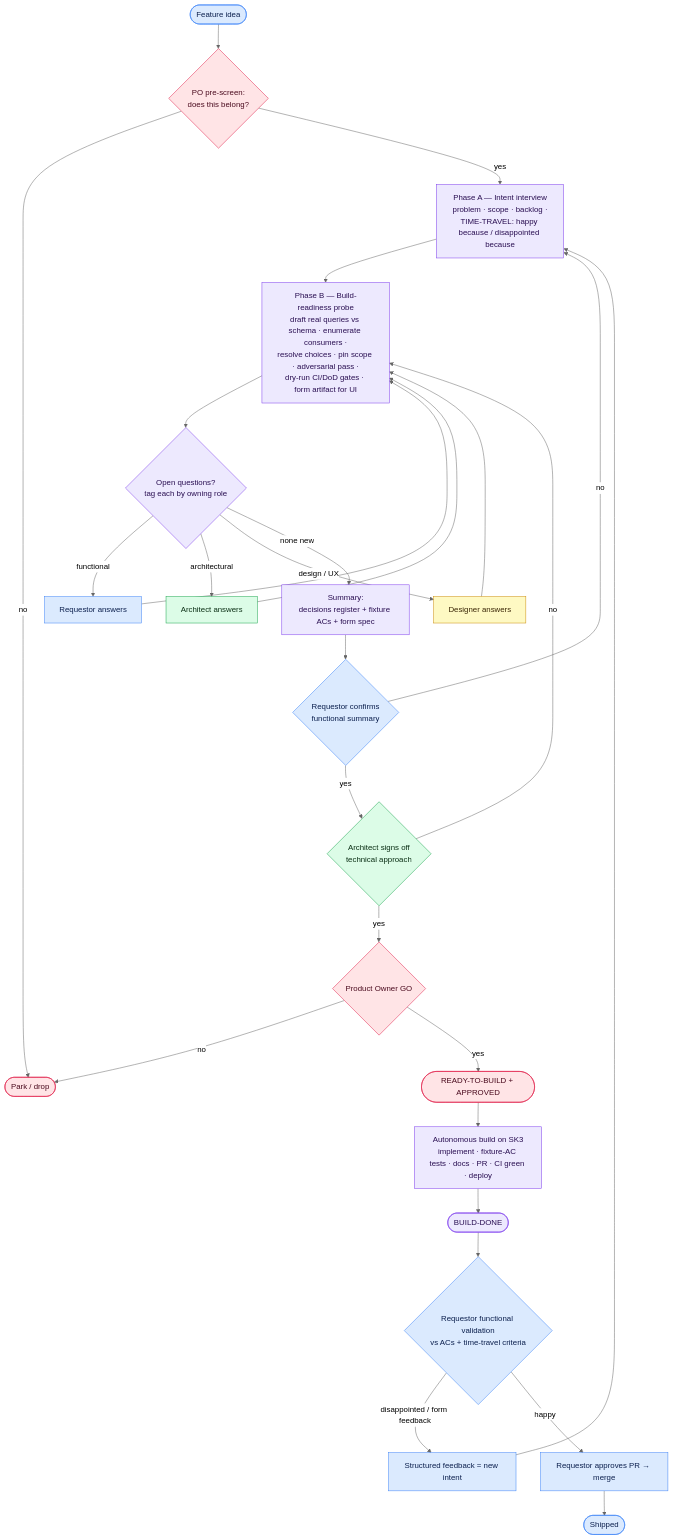
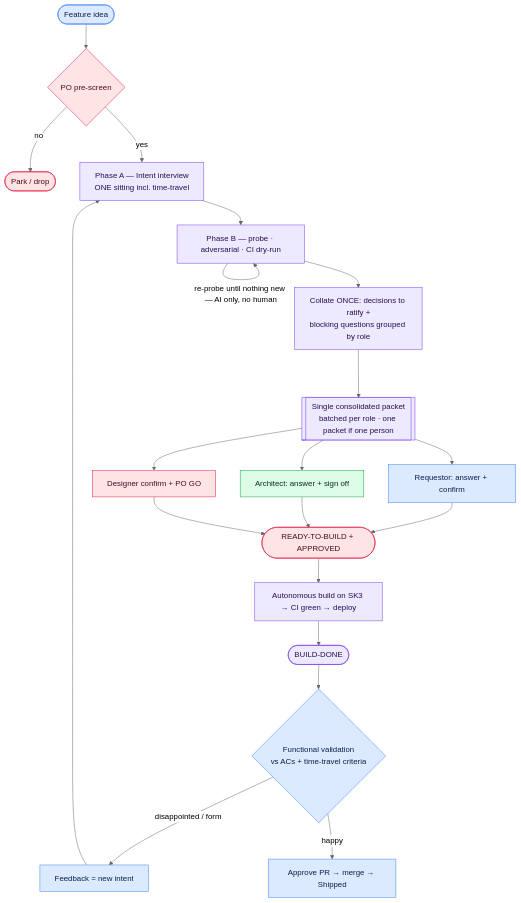
The diagram in docs/process/definition-of-ready.md (Fortigi/IdentityAtlas), drawn with Mermaid (neutral theme) before and after one commit. The commit also changed other lines of this file, not shown here.

First line of the commit message:
docs: Definition of Ready v3.1 — minimise human round-trips (batch, don't ping-pong)

````diff
--- a/docs/process/definition-of-ready.md
+++ b/docs/process/definition-of-ready.md
@@ -11,35 +11,27 @@
 ```mermaid
 flowchart TD
   classDef req fill:#dbeafe,stroke:#3b82f6,color:#0b1f4d
   classDef ai fill:#ede9fe,stroke:#7c3aed,color:#2a0f52
   classDef arch fill:#dcfce7,stroke:#16a34a,color:#0a2e14
-  classDef des fill:#fef9c3,stroke:#ca8a04,color:#3a2606
   classDef po fill:#ffe4e6,stroke:#e11d48,color:#4a0a1e
 
-  start([Feature idea]):::req --> pre{PO pre-screen:<br/>does this belong?}:::po
+  start([Feature idea]):::req --> pre{PO pre-screen}:::po
   pre -->|no| drop([Park / drop]):::po
-  pre -->|yes| intv[Phase A — Intent interview<br/>problem · scope · backlog ·<br/>TIME-TRAVEL: happy because / disappointed because]:::ai
-  intv --> probe[Phase B — Build-readiness probe<br/>draft real queries vs schema · enumerate consumers ·<br/>resolve choices · pin scope · adversarial pass ·<br/>dry-run CI/DoD gates · form artifact for UI]:::ai
-  probe --> q{Open questions?<br/>tag each by owning role}:::ai
-  q -->|functional| reqQ[Requestor answers]:::req
-  q -->|architectural| archQ[Architect answers]:::arch
-  q -->|design / UX| desQ[Designer answers]:::des
-  reqQ --> probe
-  archQ --> probe
-  desQ --> probe
-  q -->|none new| sum[Summary:<br/>decisions register + fixture ACs + form spec]:::ai
-  sum --> c1{Requestor confirms<br/>functional summary}:::req
-  c1 -->|no| intv
-  c1 -->|yes| c2{Architect signs off<br/>technical approach}:::arch
-  c2 -->|no| probe
-  c2 -->|yes| c3{Product Owner GO}:::po
-  c3 -->|no| drop
-  c3 -->|yes| rtb([READY-TO-BUILD + APPROVED]):::po
-  rtb --> build[Autonomous build on SK3<br/>implement · fixture-AC tests · docs · PR · CI green · deploy]:::ai
+  pre -->|yes| intv[Phase A — Intent interview<br/>ONE sitting incl. time-travel]:::ai
+  intv --> probe[Phase B — probe · adversarial · CI dry-run]:::ai
+  probe -->|re-probe until nothing new — AI only, no human| probe
+  probe --> collate[Collate ONCE: decisions to ratify +<br/>blocking questions grouped by role]:::ai
+  collate --> packet[[Single consolidated packet<br/>batched per role · one packet if one person]]:::ai
+  packet --> c1[Requestor: answer + confirm]:::req
+  packet --> c2[Architect: answer + sign off]:::arch
+  packet --> c3[Designer confirm + PO GO]:::po
+  c1 --> rtb([READY-TO-BUILD + APPROVED]):::po
+  c2 --> rtb
+  c3 --> rtb
+  rtb --> build[Autonomous build on SK3 → CI green → deploy]:::ai
   build --> bd([BUILD-DONE]):::ai
-  bd --> val{Requestor functional validation<br/>vs ACs + time-travel criteria}:::req
-  val -->|disappointed / form feedback| fb[Structured feedback = new intent]:::req
+  bd --> val{Functional validation<br/>vs ACs + time-travel criteria}:::req
+  val -->|disappointed / form| fb[Feedback = new intent]:::req
   fb --> intv
-  val -->|happy| appr[Requestor approves PR → merge]:::req
-  appr --> ship([Shipped]):::req
+  val -->|happy| appr[Approve PR → merge → Shipped]:::req
 ```
````
